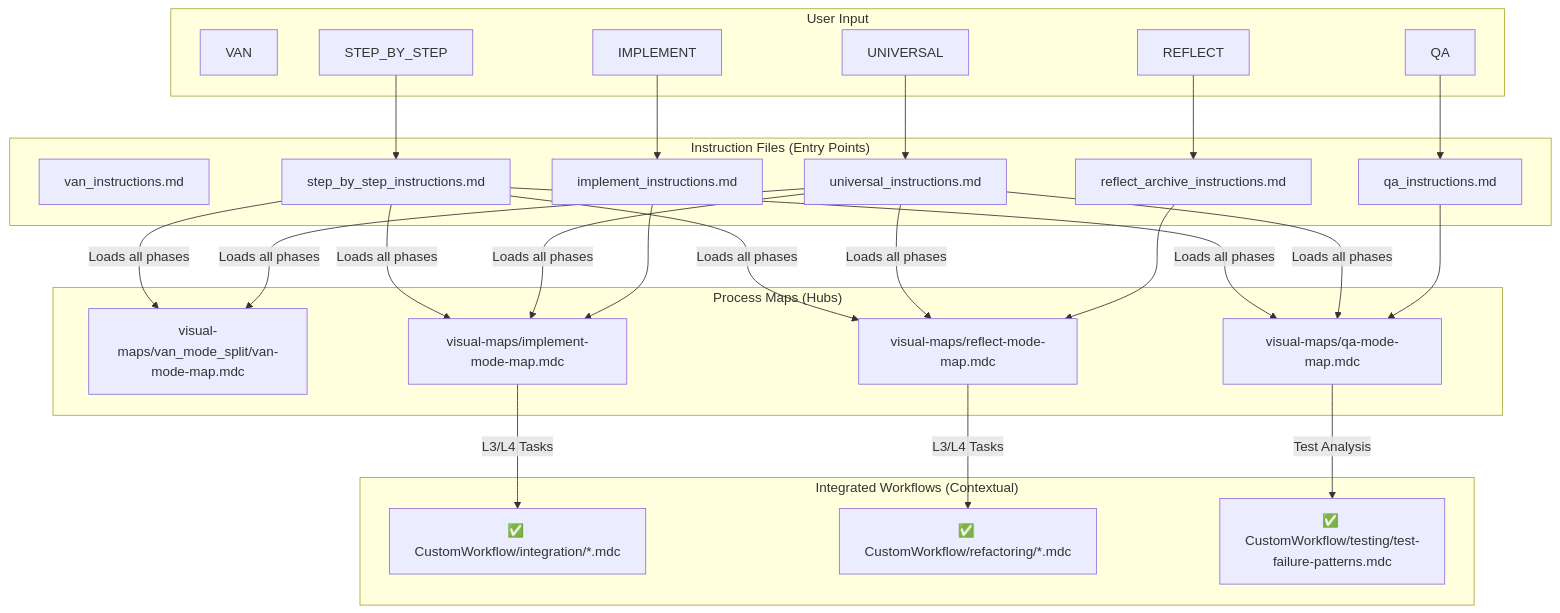
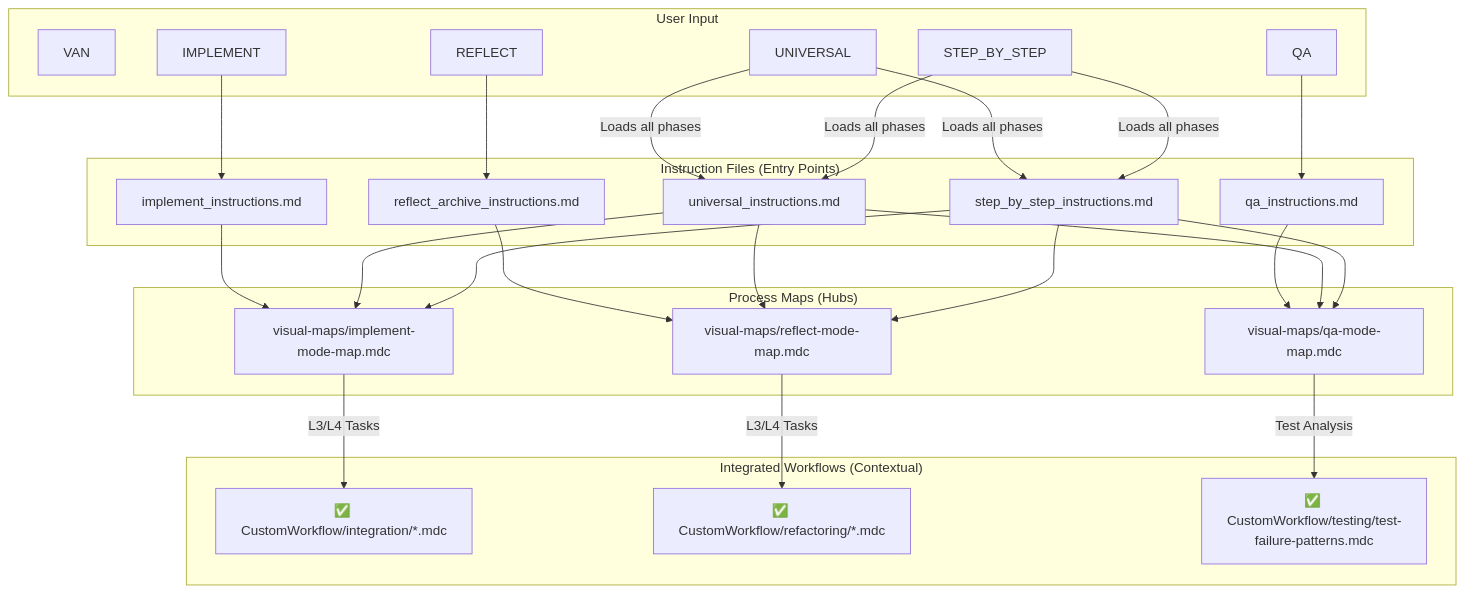
Before and after one commit to vanzan01/cursor-memory-bank: the second of 4 diagrams in docs/architecture.md, drawn with Mermaid. The commit also changed other lines of this file and 52 other files, not shown here.

Commit message:
Добавлены новые правила для управления активными задачами и генерации сообщений коммитов. Обновлены существующие правила для улучшения логики обработки контекста и управления задачами. Включены инструкции по созданию заметок для релиза и улучшены диаграммы процесса для режимов ARCHIVE и CREATIVE.

````diff
--- a/docs/architecture.md
+++ b/docs/architecture.md
@@ -78,51 +84,48 @@
 ```mermaid
 graph TD
     subgraph "User Input"
         U_VAN["`VAN`"]
         U_IMPLEMENT["`IMPLEMENT`"]
         U_REFLECT["`REFLECT`"]
         U_QA["`QA`"]
         U_UNIVERSAL["`UNIVERSAL`"]
         U_STEP_BY_STEP["`STEP_BY_STEP`"]
     end
 
     subgraph "Instruction Files (Entry Points)"
-        I_VAN["van_instructions.md"]
         I_IMPLEMENT["implement_instructions.md"]
         I_REFLECT["reflect_archive_instructions.md"]
         I_QA["qa_instructions.md"]
         I_UNIVERSAL["universal_instructions.md"]
         I_STEP["step_by_step_instructions.md"]
     end
 
     subgraph "Process Maps (Hubs)"
-        VM_VAN["visual-maps/van_mode_split/van-mode-map.mdc"]
         VM_IMPLEMENT["visual-maps/implement-mode-map.mdc"]
         VM_REFLECT["visual-maps/reflect-mode-map.mdc"]
         VM_QA["visual-maps/qa-mode-map.mdc"]
     end
 
     subgraph "Integrated Workflows (Contextual)"
         IntegrationWF["✅ CustomWorkflow/integration/*.mdc"]
         RefactoringWF["✅ CustomWorkflow/refactoring/*.mdc"]
         AdvancedTestingWF["✅ CustomWorkflow/testing/test-failure-patterns.mdc"]
     end
 
     U_IMPLEMENT --> I_IMPLEMENT
     U_REFLECT --> I_REFLECT
     U_QA --> I_QA
 
     I_IMPLEMENT --> VM_IMPLEMENT
     I_REFLECT --> VM_REFLECT
     I_QA --> VM_QA
 
     %% NEW INTEGRATIONS
     VM_IMPLEMENT -- "L3/L4 Tasks" --> IntegrationWF
     VM_REFLECT -- "L3/L4 Tasks" --> RefactoringWF
     VM_QA -- "Test Analysis" --> AdvancedTestingWF
 
     %% Supervisor Modes
-    U_UNIVERSAL --> I_UNIVERSAL
-    U_STEP_BY_STEP --> I_STEP
-    I_UNIVERSAL & I_STEP -- "Loads all phases" --> VM_VAN & VM_IMPLEMENT & VM_REFLECT & VM_QA
+    U_UNIVERSAL & U_STEP_BY_STEP -- "Loads all phases" --> I_UNIVERSAL & I_STEP
+    I_UNIVERSAL & I_STEP --> VM_IMPLEMENT & VM_REFLECT & VM_QA
 ```
````
